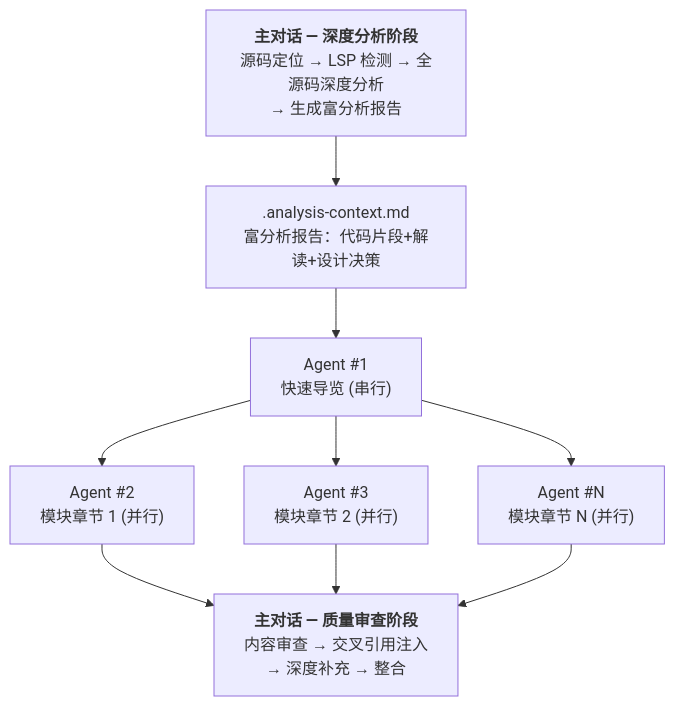
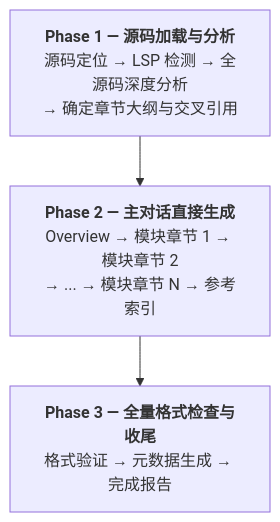
The diagram in study-master-skill/README.md (Learner-Geek-Perfectionist/claude-code-study-skills), drawn with Mermaid before and after one commit. The commit also changed other lines of this file, not shown here.

First line of the commit message:
docs: update README for v5 direct generation architecture

````diff
--- a/study-master-skill/README.md
+++ b/study-master-skill/README.md
@@ -18,11 +18,5 @@
 ```mermaid
 graph TD
-    A["<b>主对话 — 深度分析阶段</b><br/>源码定位 → LSP 检测 → 全源码深度分析<br/>→ 生成富分析报告"] --> B[".analysis-context.md<br/>富分析报告：代码片段+解读+设计决策"]
-    B --> C["Agent #1<br/>快速导览 (串行)"]
-    C --> D["Agent #2<br/>模块章节 1 (并行)"]
-    C --> E["Agent #3<br/>模块章节 2 (并行)"]
-    C --> F["Agent #N<br/>模块章节 N (并行)"]
-    D --> G["<b>主对话 — 质量审查阶段</b><br/>内容审查 → 交叉引用注入<br/>→ 深度补充 → 整合"]
-    E --> G
-    F --> G
+    A["<b>Phase 1 — 源码加载与分析</b><br/>源码定位 → LSP 检测 → 全源码深度分析<br/>→ 确定章节大纲与交叉引用"] --> B["<b>Phase 2 — 主对话直接生成</b><br/>Overview → 模块章节 1 → 模块章节 2<br/>→ ... → 模块章节 N → 参考索引"]
+    B --> C["<b>Phase 3 — 全量格式检查与收尾</b><br/>格式验证 → 元数据生成 → 完成报告"]
 ```
````
